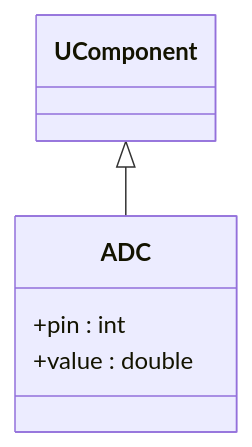
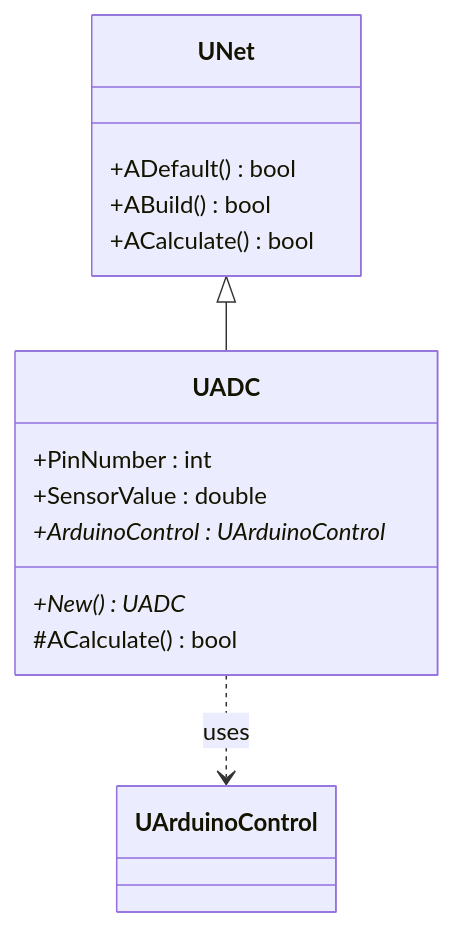
One commit to aicommunity/Rdk-HardwareLib changed the sixth of 10 diagrams in Docs/Components/ADC.md. Above: the diagram before and after it, drawn with Mermaid. The commit also changed other lines of this file and 4 other files, not shown here.

````diff
--- a/Docs/Components/ADC.md
+++ b/Docs/Components/ADC.md
@@ -6,8 +495,17 @@
 ```mermaid
 classDiagram
-    UComponent <|-- ADC
-    class ADC {
-        +pin : int
-        +value : double
+    UNet <|-- UADC
+    UADC ..> UArduinoControl : uses
+    class UNet {
+        +ADefault() bool
+        +ABuild() bool
+        +ACalculate() bool
+    }
+    class UADC {
+        +PinNumber : int
+        +SensorValue : double
+        +ArduinoControl : UArduinoControl*
+        +New() UADC*
+        #ACalculate() bool
     }
 ```
````
